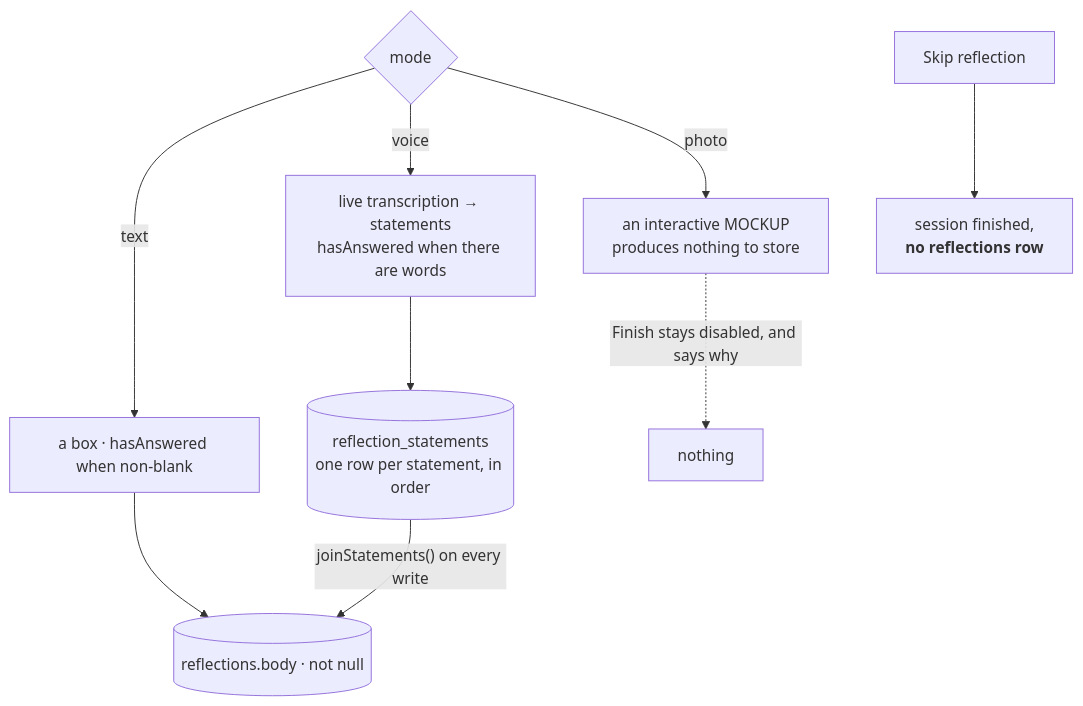
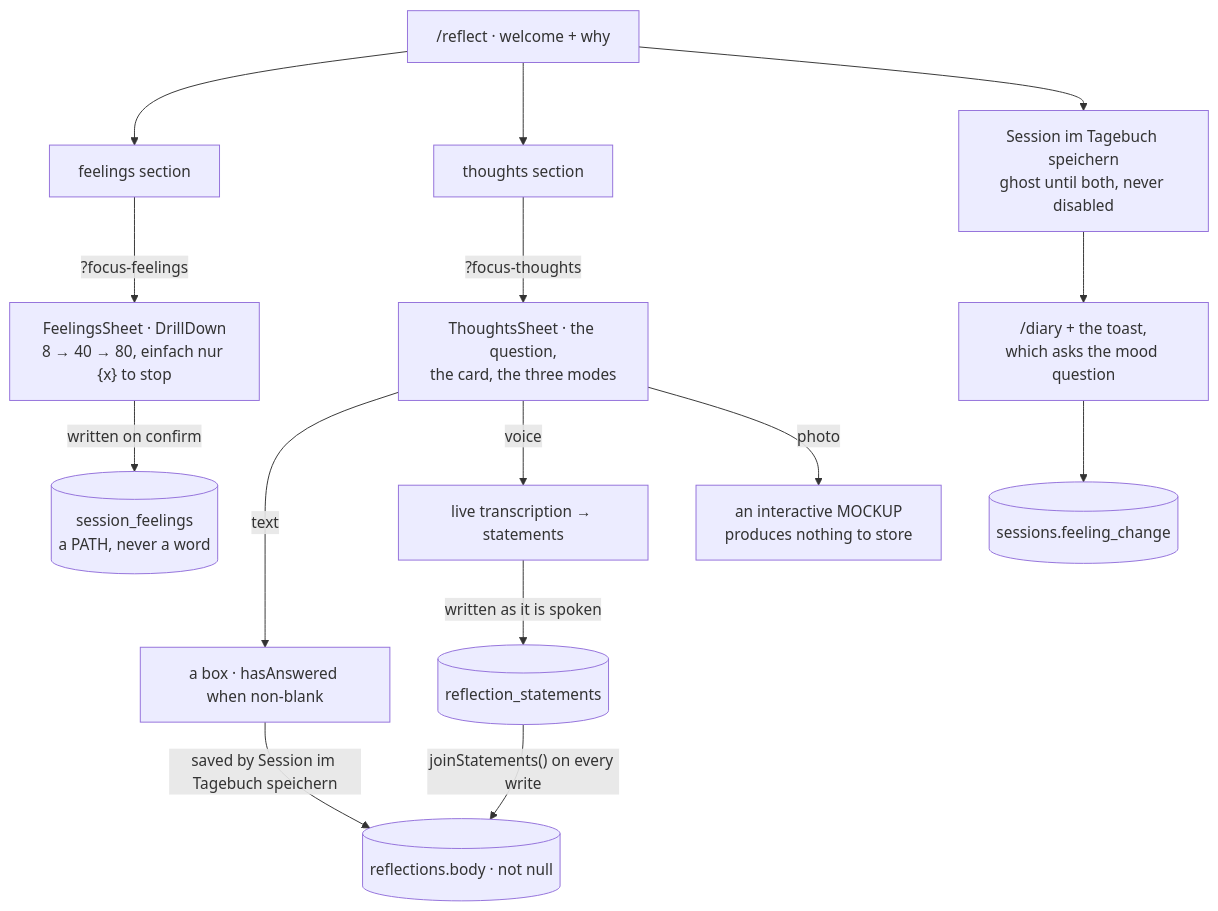
The diagram in apps/docs/features/reflect.md (product-ben/musie), drawn with Mermaid before and after one commit. The commit also changed other lines of this file and 3 other files, not shown here.

````diff
--- a/apps/docs/features/reflect.md
+++ b/apps/docs/features/reflect.md
@@ -6,11 +11,17 @@
 ```mermaid
 flowchart TD
-  M{"mode"} -->|"text"| T["a box · hasAnswered when non-blank"]
-  M -->|"voice"| V["live transcription → statements<br/>hasAnswered when there are words"]
-  M -->|"photo"| P["an interactive MOCKUP<br/>produces nothing to store"]
-  T --> B[("reflections.body · not null")]
-  V --> ST[("reflection_statements<br/>one row per statement, in order")]
+  R["/reflect · welcome + why"] --> FE["feelings section"]
+  R --> TH["thoughts section"]
+  FE -->|"?focus-feelings"| FS["FeelingsSheet · DrillDown<br/>8 → 40 → 80, einfach nur {x} to stop"]
+  FS -->|"written on confirm"| SF[("session_feelings<br/>a PATH, never a word")]
+  TH -->|"?focus-thoughts"| TS["ThoughtsSheet · the question,<br/>the card, the three modes"]
+  TS -->|"text"| T["a box · hasAnswered when non-blank"]
+  TS -->|"voice"| V["live transcription → statements"]
+  TS -->|"photo"| P["an interactive MOCKUP<br/>produces nothing to store"]
+  T -->|"saved by Session im Tagebuch speichern"| B[("reflections.body · not null")]
+  V -->|"written as it is spoken"| ST[("reflection_statements")]
   ST -->|"joinStatements() on every write"| B
-  P -.->|"Finish stays disabled, and says why"| X["nothing"]
-  S["Skip reflection"] --> F["session finished,<br/><b>no reflections row</b>"]
+  R --> SAVE["Session im Tagebuch speichern<br/>ghost until both, never disabled"]
+  SAVE --> D["/diary + the toast,<br/>which asks the mood question"]
+  D --> FC[("sessions.feeling_change")]
 ```
````
